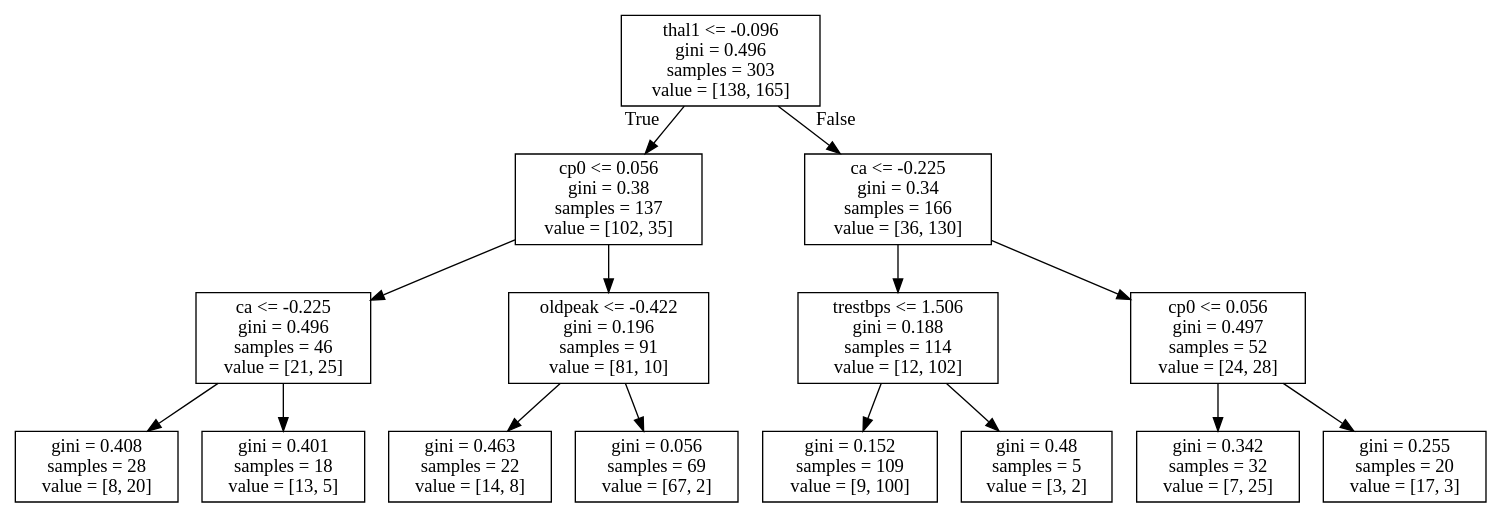
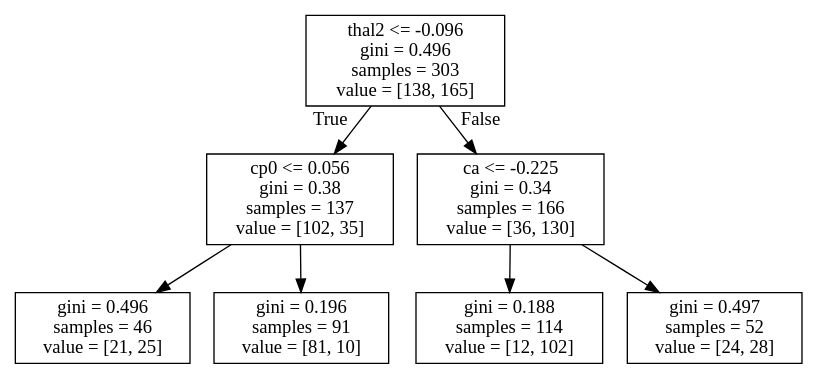
Before and after one commit to vinoroy/statsLearning: the diagram in bag.dot, drawn with Graphviz. The commit also changed 3 other files, not shown here.

```diff
--- a/bag.dot
+++ b/bag.dot
@@ -1,32 +1,16 @@
 digraph Tree {
 node [shape=box] ;
-0 [label="thal1 <= -0.096\ngini = 0.496\nsamples = 303\nvalue = [138, 165]"] ;
+0 [label="thal2 <= -0.096\ngini = 0.496\nsamples = 303\nvalue = [138, 165]"] ;
 1 [label="cp0 <= 0.056\ngini = 0.38\nsamples = 137\nvalue = [102, 35]"] ;
 0 -> 1 [labeldistance=2.5, labelangle=45, headlabel="True"] ;
-2 [label="ca <= -0.225\ngini = 0.496\nsamples = 46\nvalue = [21, 25]"] ;
+2 [label="gini = 0.496\nsamples = 46\nvalue = [21, 25]"] ;
 1 -> 2 ;
-3 [label="gini = 0.408\nsamples = 28\nvalue = [8, 20]"] ;
-2 -> 3 ;
-4 [label="gini = 0.401\nsamples = 18\nvalue = [13, 5]"] ;
-2 -> 4 ;
-5 [label="oldpeak <= -0.422\ngini = 0.196\nsamples = 91\nvalue = [81, 10]"] ;
-1 -> 5 ;
-6 [label="gini = 0.463\nsamples = 22\nvalue = [14, 8]"] ;
-5 -> 6 ;
-7 [label="gini = 0.056\nsamples = 69\nvalue = [67, 2]"] ;
-5 -> 7 ;
-8 [label="ca <= -0.225\ngini = 0.34\nsamples = 166\nvalue = [36, 130]"] ;
-0 -> 8 [labeldistance=2.5, labelangle=-45, headlabel="False"] ;
-9 [label="trestbps <= 1.506\ngini = 0.188\nsamples = 114\nvalue = [12, 102]"] ;
-8 -> 9 ;
-10 [label="gini = 0.152\nsamples = 109\nvalue = [9, 100]"] ;
-9 -> 10 ;
-11 [label="gini = 0.48\nsamples = 5\nvalue = [3, 2]"] ;
-9 -> 11 ;
-12 [label="cp0 <= 0.056\ngini = 0.497\nsamples = 52\nvalue = [24, 28]"] ;
-8 -> 12 ;
-13 [label="gini = 0.342\nsamples = 32\nvalue = [7, 25]"] ;
-12 -> 13 ;
-14 [label="gini = 0.255\nsamples = 20\nvalue = [17, 3]"] ;
-12 -> 14 ;
+3 [label="gini = 0.196\nsamples = 91\nvalue = [81, 10]"] ;
+1 -> 3 ;
+4 [label="ca <= -0.225\ngini = 0.34\nsamples = 166\nvalue = [36, 130]"] ;
+0 -> 4 [labeldistance=2.5, labelangle=-45, headlabel="False"] ;
+5 [label="gini = 0.188\nsamples = 114\nvalue = [12, 102]"] ;
+4 -> 5 ;
+6 [label="gini = 0.497\nsamples = 52\nvalue = [24, 28]"] ;
+4 -> 6 ;
 }
```
